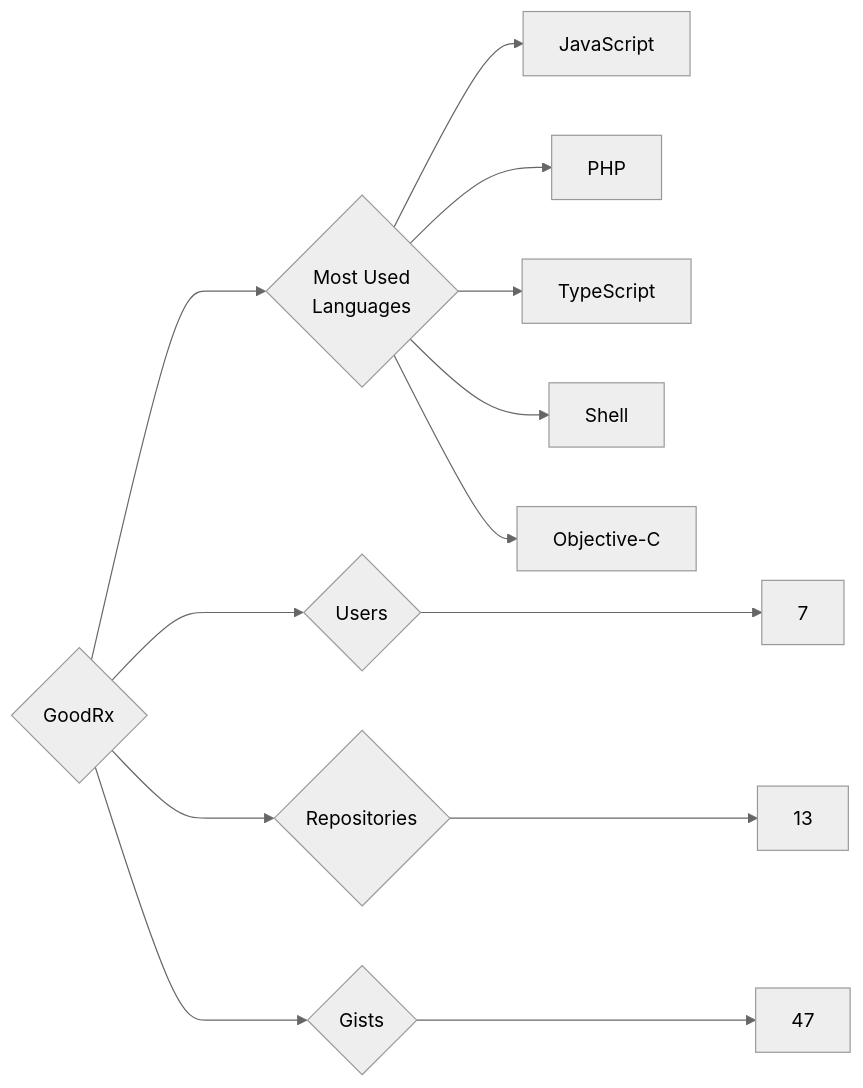
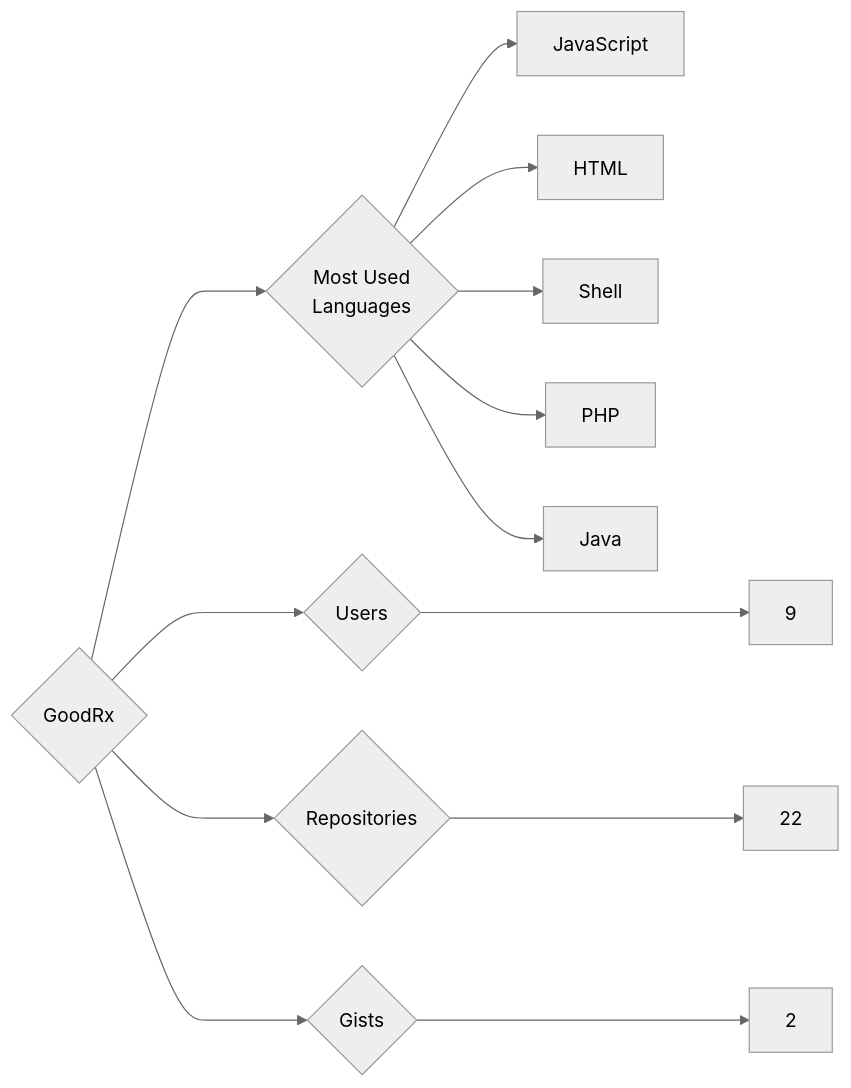
Before and after one commit to trickest/insiders: the diagram in targets/GoodRx/README.md, drawn with Mermaid (neutral theme). The commit also changed 1175 other files, not shown here.

````diff
--- a/targets/GoodRx/README.md
+++ b/targets/GoodRx/README.md
@@ -3,13 +3,13 @@
 ```mermaid
 graph LR
 COMPANY_NAME{GoodRx}
-COMPANY_NAME ---> U{Users} ---> UN[7]
-COMPANY_NAME ---> R{Repositories} ---> RN[13]
-COMPANY_NAME ---> G{Gists} ---> GN[47]
+COMPANY_NAME ---> U{Users} ---> UN[9]
+COMPANY_NAME ---> R{Repositories} ---> RN[22]
+COMPANY_NAME ---> G{Gists} ---> GN[2]
 COMPANY_NAME ---> ML{Most Used<br>Languages}
 ML --> JavaScript[JavaScript]
+ML --> HTML[HTML]
+ML --> Shell[Shell]
 ML --> PHP[PHP]
-ML --> TypeScript[TypeScript]
-ML --> Shell[Shell]
-ML --> Objective-C[Objective-C]
+ML --> Java[Java]
 ```
````
